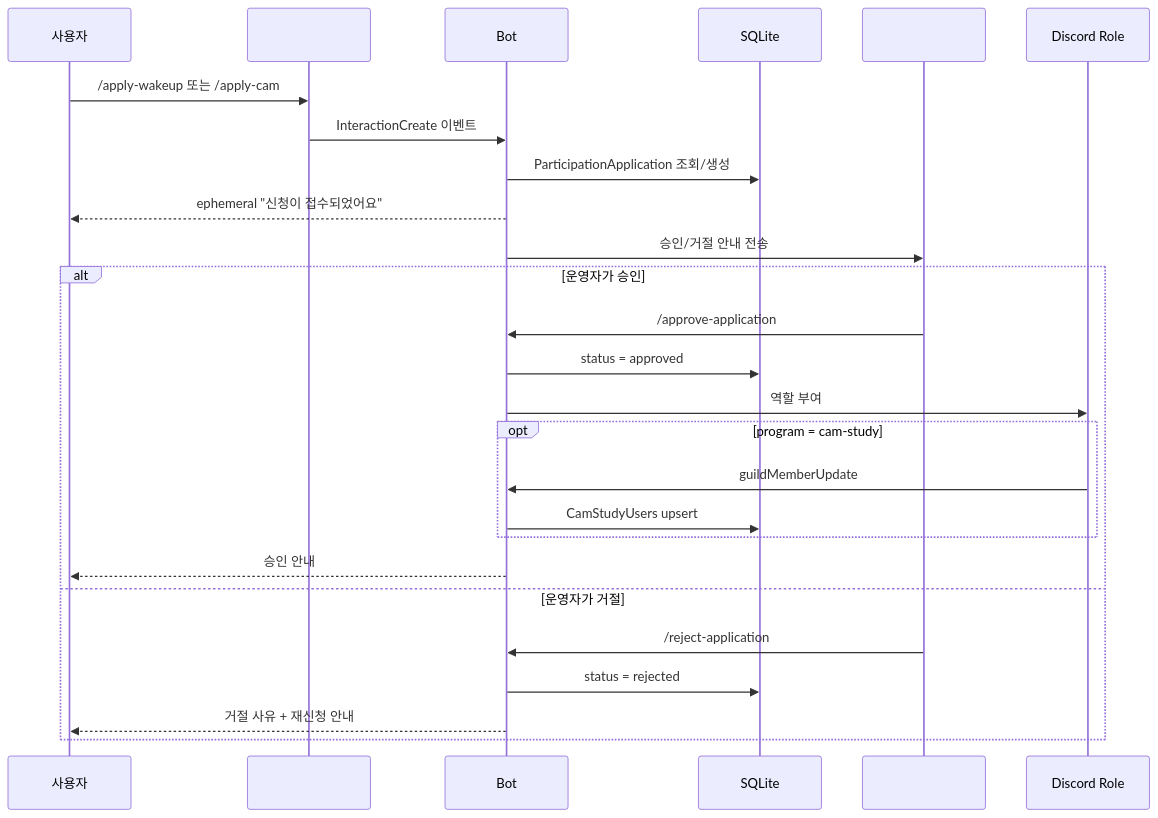
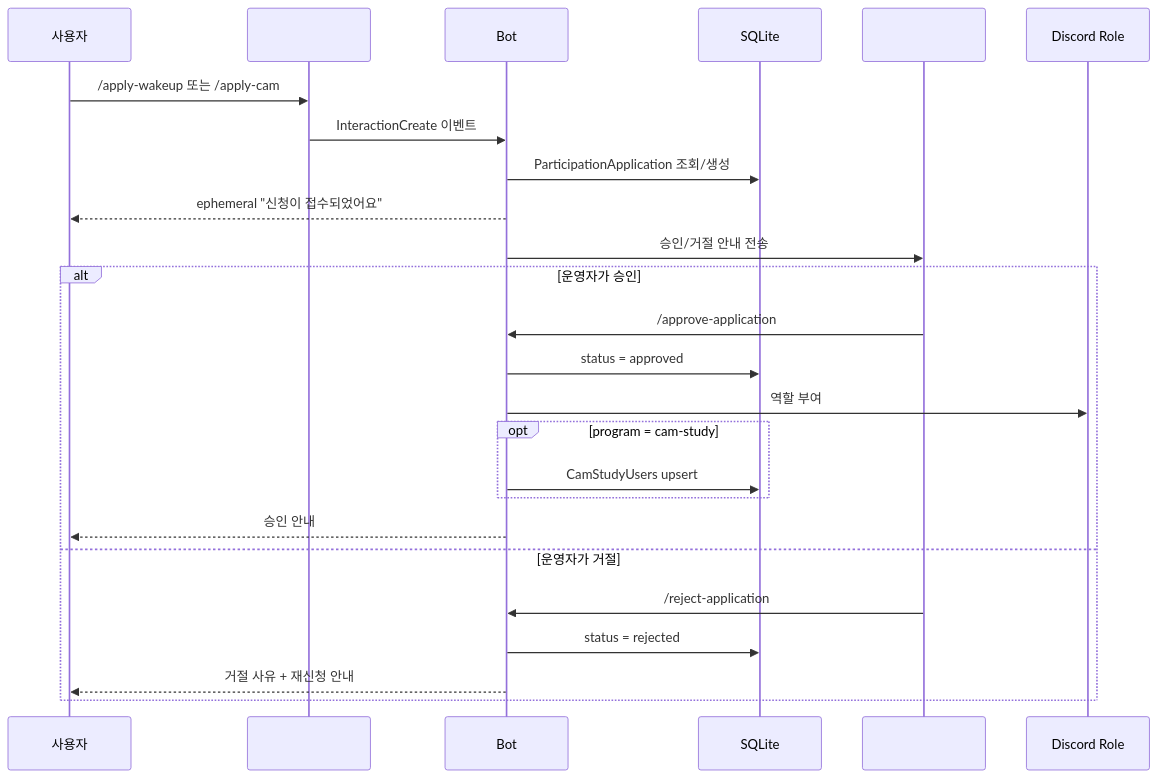
Before and after one commit to honki12345/haruharu-discord-bot: the second of 16 diagrams in docs/USER_STORIES.md, drawn with Mermaid. The commit also changed other lines of this file and 3 other files, not shown here.

````diff
--- a/docs/USER_STORIES.md
+++ b/docs/USER_STORIES.md
@@ -54,30 +54,29 @@
 ```mermaid
 sequenceDiagram
     participant U as 사용자
     participant A as #apply
     participant B as Bot
     participant DB as SQLite
     participant O as #ops
     participant D as Discord Role
 
     U->>A: /apply-wakeup 또는 /apply-cam
     A->>B: InteractionCreate 이벤트
     B->>DB: ParticipationApplication 조회/생성
     B-->>U: ephemeral "신청이 접수되었어요"
     B->>O: 승인/거절 안내 전송
 
     alt 운영자가 승인
         O->>B: /approve-application
         B->>DB: status = approved
         B->>D: 역할 부여
         opt program = cam-study
-            D->>B: guildMemberUpdate
             B->>DB: CamStudyUsers upsert
         end
         B-->>U: 승인 안내
     else 운영자가 거절
         O->>B: /reject-application
         B->>DB: status = rejected
         B-->>U: 거절 사유 + 재신청 안내
     end
 ```
````
